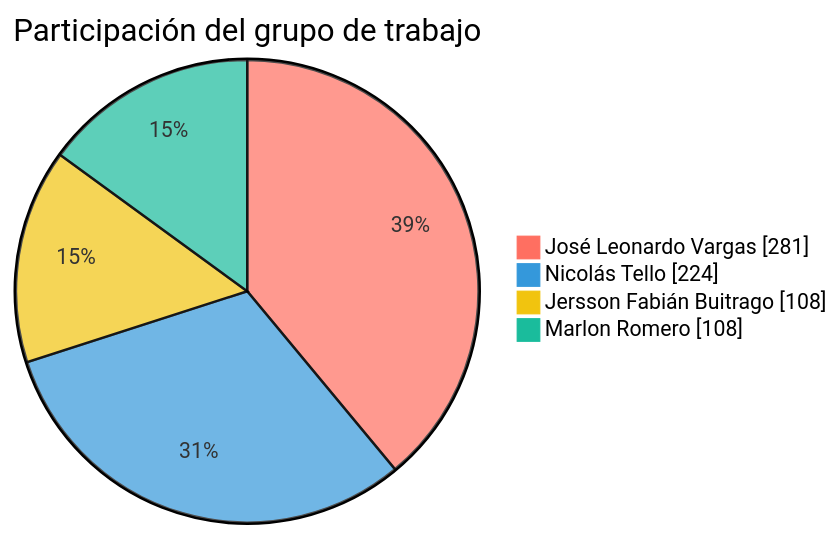
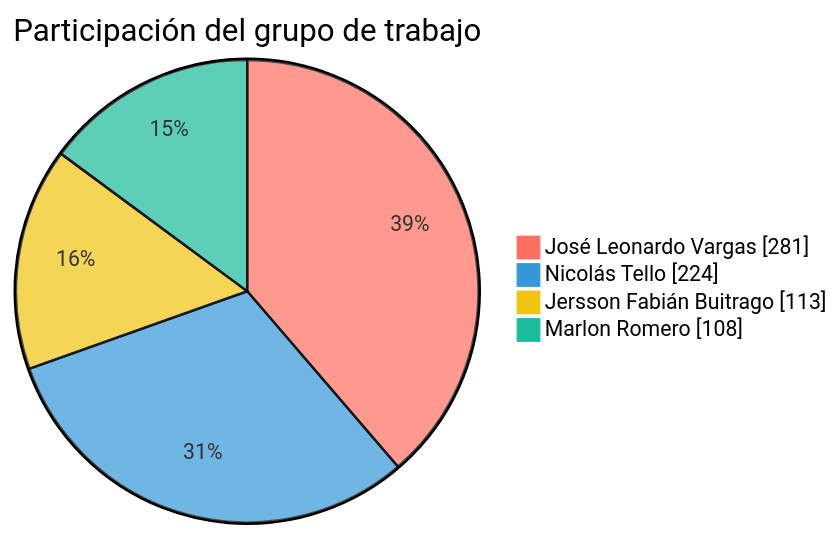
The first of 2 diagrams in README.md (FarmaExpres/FarmaExpres), drawn with Mermaid before and after one commit. The commit also changed other lines of this file and 1 other file, not shown here.

````diff
--- a/README.md
+++ b/README.md
@@ -391,9 +391,9 @@
 ```mermaid
 %%{init: {"themeVariables": {"pie1": "#ff6f61", "pie2": "#3498db", "pie3": "#f1c40f", "pie4": "#1abc9c", "pieLabelColor": "#000000", "pieLabelFontSize": "24px", "pieLabelFontWeight": "700"}}}%%
 pie showData
     title Participación del grupo de trabajo
     "José Leonardo Vargas" : 281
     "Nicolás Tello" : 224
-    "Jersson Fabián Buitrago" : 108
+    "Jersson Fabián Buitrago" : 113
     "Marlon Romero" : 108
 ```
````
